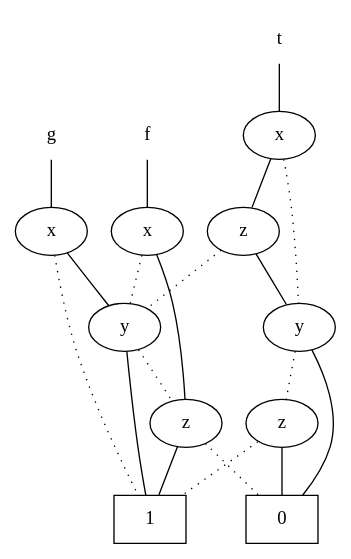
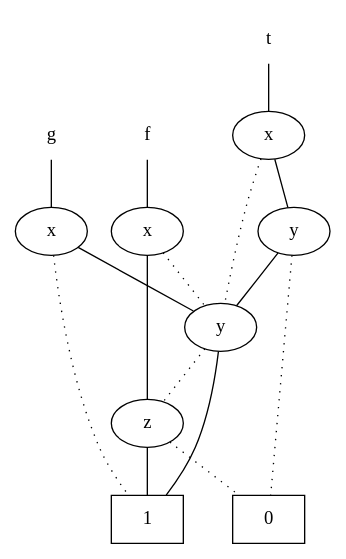
The diagram in SBDD/exportWithRes.dot (sventhijssen/SBDD), drawn with Graphviz before and after one commit. The commit also changed 2 other files, not shown here.

```diff
--- a/SBDD/exportWithRes.dot
+++ b/SBDD/exportWithRes.dot
@@ -1,34 +1,28 @@
 graph sbdd { 
 f[shape="plaintext"];
 f -- 4;
 g[shape="plaintext"];
 g -- 5;
 t[shape="plaintext"];
-t -- 9;
+t -- 7;
 1[shape="box"];
 0[shape="box"];
 2[label="z"];
 3[label="y"];
 4[label="x"];
 5[label="x"];
-6[label="z"];
-7[label="y"];
-8[label="z"];
-9[label="x"];
+6[label="y"];
+7[label="x"];
 2 -- 0 [style="dotted"];
 2 -- 1;
 3 -- 2 [style="dotted"];
 3 -- 1;
 4 -- 3 [style="dotted"];
 4 -- 2;
 5 -- 1 [style="dotted"];
 5 -- 3;
-6 -- 1 [style="dotted"];
-6 -- 0;
-7 -- 6 [style="dotted"];
-7 -- 0;
-8 -- 3 [style="dotted"];
-8 -- 7;
-9 -- 7 [style="dotted"];
-9 -- 8;
+6 -- 0 [style="dotted"];
+6 -- 3;
+7 -- 3 [style="dotted"];
+7 -- 6;
  }
```
